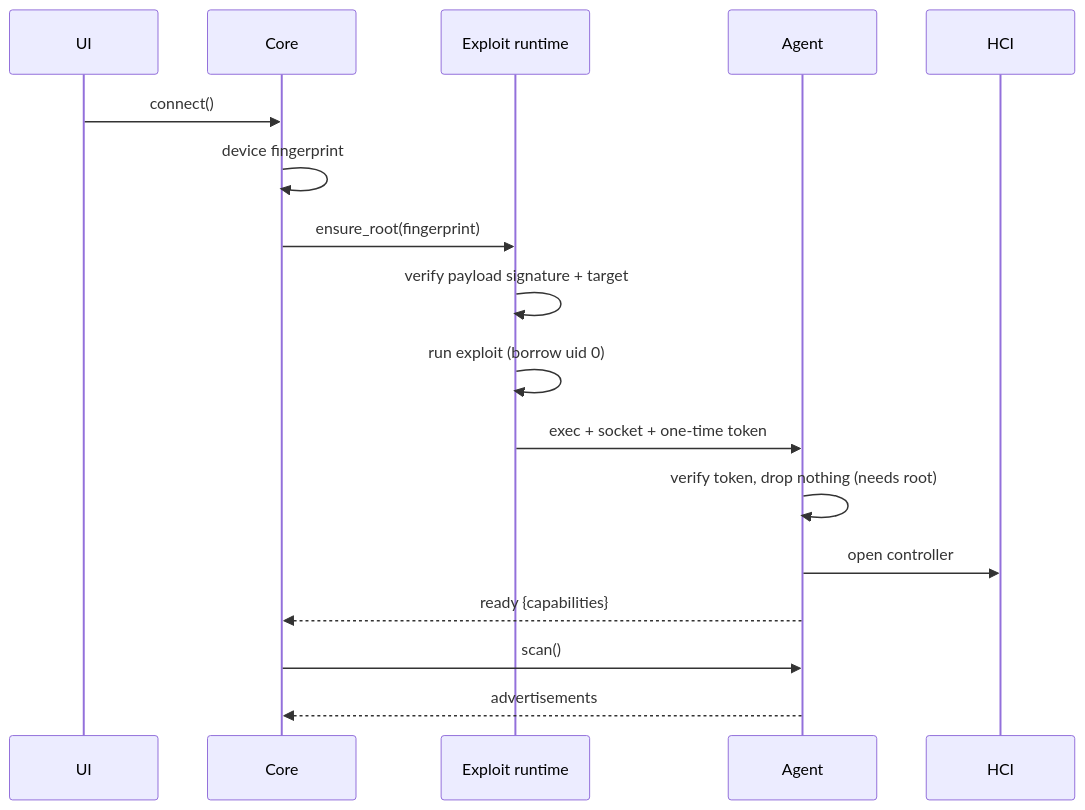
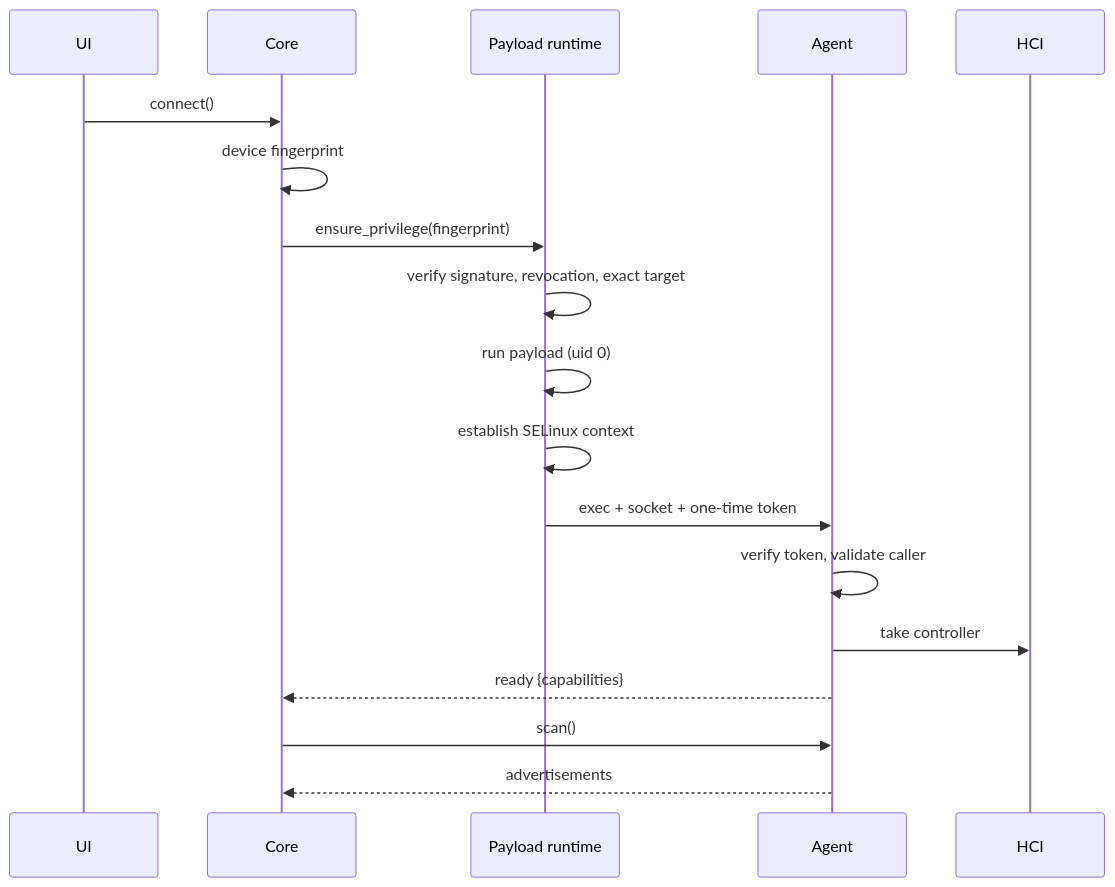
Before and after one commit to felix-homelab/open-crown: the second of 2 diagrams in docs/02-architecture.md, drawn with Mermaid. The commit also changed other lines of this file and 26 other files, not shown here.

````diff
--- a/docs/02-architecture.md
+++ b/docs/02-architecture.md
@@ -100,20 +120,21 @@
 ```mermaid
 sequenceDiagram
     participant UI
     participant Core
-    participant RT as Exploit runtime
+    participant RT as Payload runtime
     participant Agent
     participant HCI
 
     UI->>Core: connect()
     Core->>Core: device fingerprint
-    Core->>RT: ensure_root(fingerprint)
-    RT->>RT: verify payload signature + target
-    RT->>RT: run exploit (borrow uid 0)
+    Core->>RT: ensure_privilege(fingerprint)
+    RT->>RT: verify signature, revocation, exact target
+    RT->>RT: run payload (uid 0)
+    RT->>RT: establish SELinux context
     RT->>Agent: exec + socket + one-time token
-    Agent->>Agent: verify token, drop nothing (needs root)
-    Agent->>HCI: open controller
+    Agent->>Agent: verify token, validate caller
+    Agent->>HCI: take controller
     Agent-->>Core: ready {capabilities}
     Core->>Agent: scan()
     Agent-->>Core: advertisements
 ```
````
